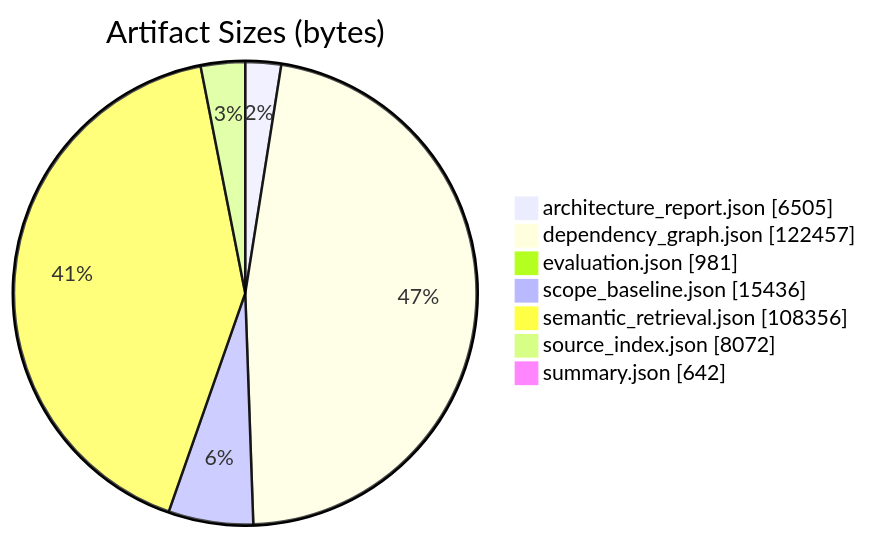
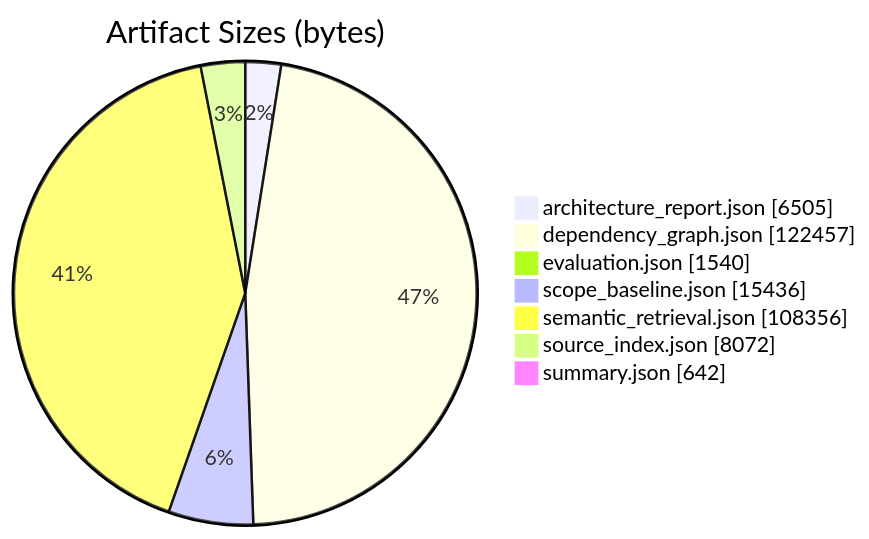
Before and after one commit to scl2bp/refactor_cli: the second of 7 diagrams in .refactor/analysis/candidates/report.md, drawn with Mermaid. The commit also changed other lines of this file and 6 other files, not shown here.

````diff
--- a/.refactor/analysis/candidates/report.md
+++ b/.refactor/analysis/candidates/report.md
@@ -70,11 +115,11 @@
 ```mermaid
 pie showData
   title Artifact Sizes (bytes)
   "architecture_report.json" : 6505
   "dependency_graph.json" : 122457
-  "evaluation.json" : 981
+  "evaluation.json" : 1540
   "scope_baseline.json" : 15436
   "semantic_retrieval.json" : 108356
   "source_index.json" : 8072
   "summary.json" : 642
 ```
````
